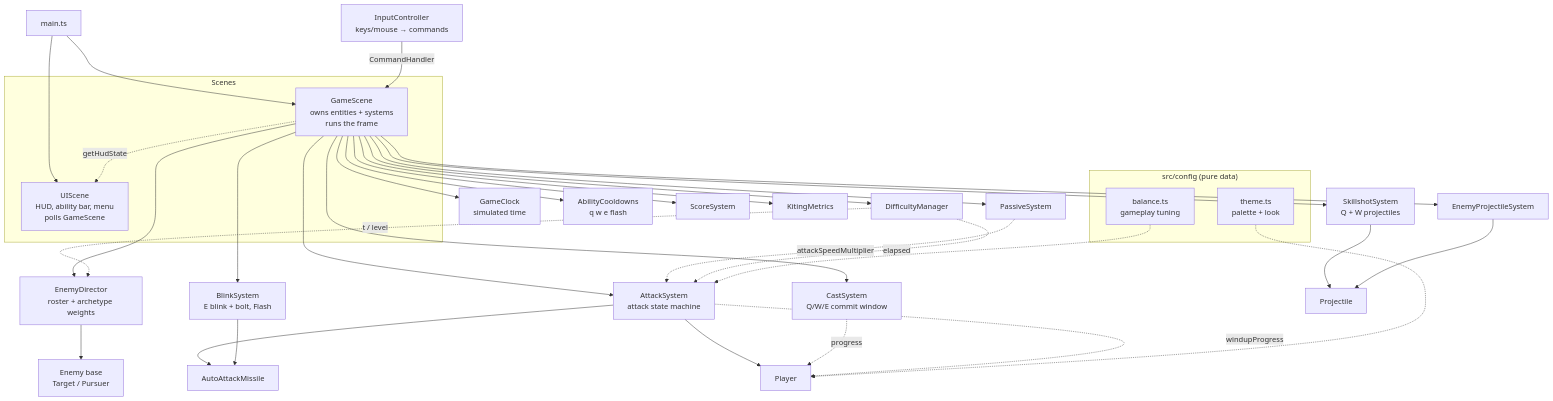
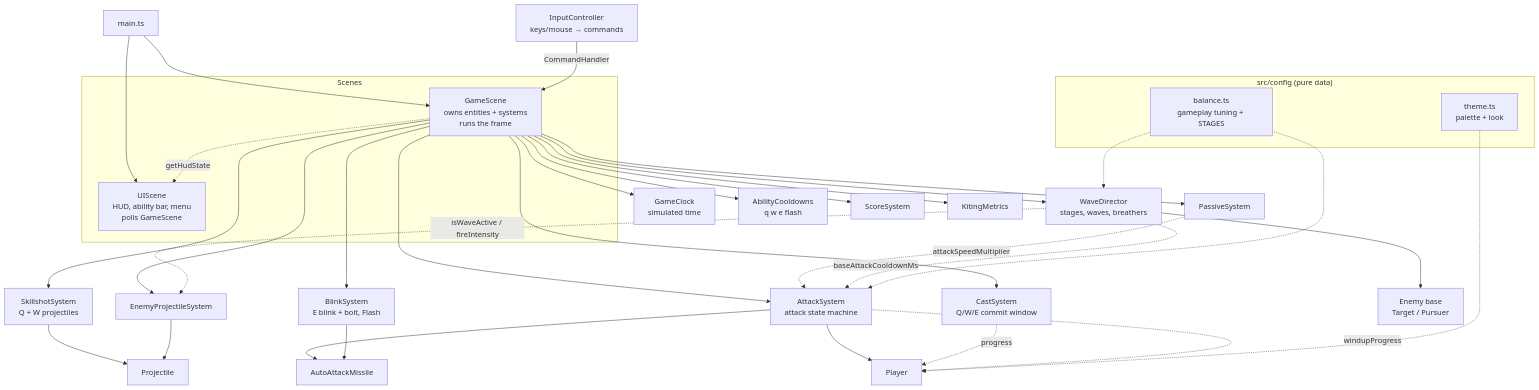
Before and after one commit to jcj1337/league-warmup: the diagram in TECHNICAL_REPORT.md, drawn with Mermaid. The commit also changed other lines of this file and 17 other files, not shown here.

````diff
--- a/TECHNICAL_REPORT.md
+++ b/TECHNICAL_REPORT.md
@@ -34,47 +35,47 @@
 ```mermaid
 flowchart TD
     subgraph Config["src/config (pure data)"]
-        BAL[balance.ts<br/>gameplay tuning]
+        BAL[balance.ts<br/>gameplay tuning + STAGES]
         THM[theme.ts<br/>palette + look]
     end
 
     MAIN[main.ts] --> GS
     MAIN --> UIS
 
     IC[InputController<br/>keys/mouse → commands] -->|CommandHandler| GS
 
     subgraph Scenes
         GS[GameScene<br/>owns entities + systems<br/>runs the frame]
         UIS[UIScene<br/>HUD, ability bar, menu<br/>polls GameScene]
     end
 
     GS --> CLK[GameClock<br/>simulated time]
     GS --> CAST[CastSystem<br/>Q/W/E commit window]
     GS --> CD[AbilityCooldowns<br/>q w e flash]
     GS --> AS[AttackSystem<br/>attack state machine]
     GS --> SS[SkillshotSystem<br/>Q + W projectiles]
     GS --> BS[BlinkSystem<br/>E blink + bolt, Flash]
     GS --> PS[PassiveSystem]
-    GS --> ED[EnemyDirector<br/>roster + archetype weights]
+    GS --> WD[WaveDirector<br/>stages, waves, breathers]
     GS --> EPS[EnemyProjectileSystem]
-    GS --> DM[DifficultyManager]
     GS --> SC[ScoreSystem]
     GS --> KM[KitingMetrics]
 
-    ED --> EN[Enemy base<br/>Target / Pursuer]
+    WD --> EN[Enemy base<br/>Target / Pursuer]
     AS --> PL[Player]
     AS --> AAM[AutoAttackMissile]
     BS --> AAM
     SS --> PRJ[Projectile]
     EPS --> PRJ
 
     CAST -.->|progress| PL
     AS -.->|windupProgress| PL
     PS -.->|attackSpeedMultiplier| AS
-    DM -.->|elapsed| AS
-    DM -.->|t / level| ED
+    WD -.->|baseAttackCooldownMs| AS
+    WD -.->|isWaveActive / fireIntensity| EPS
     GS -.->|getHudState| UIS
 
     BAL -.-> AS
+    BAL -.-> WD
     THM -.-> PL
 ```
````
